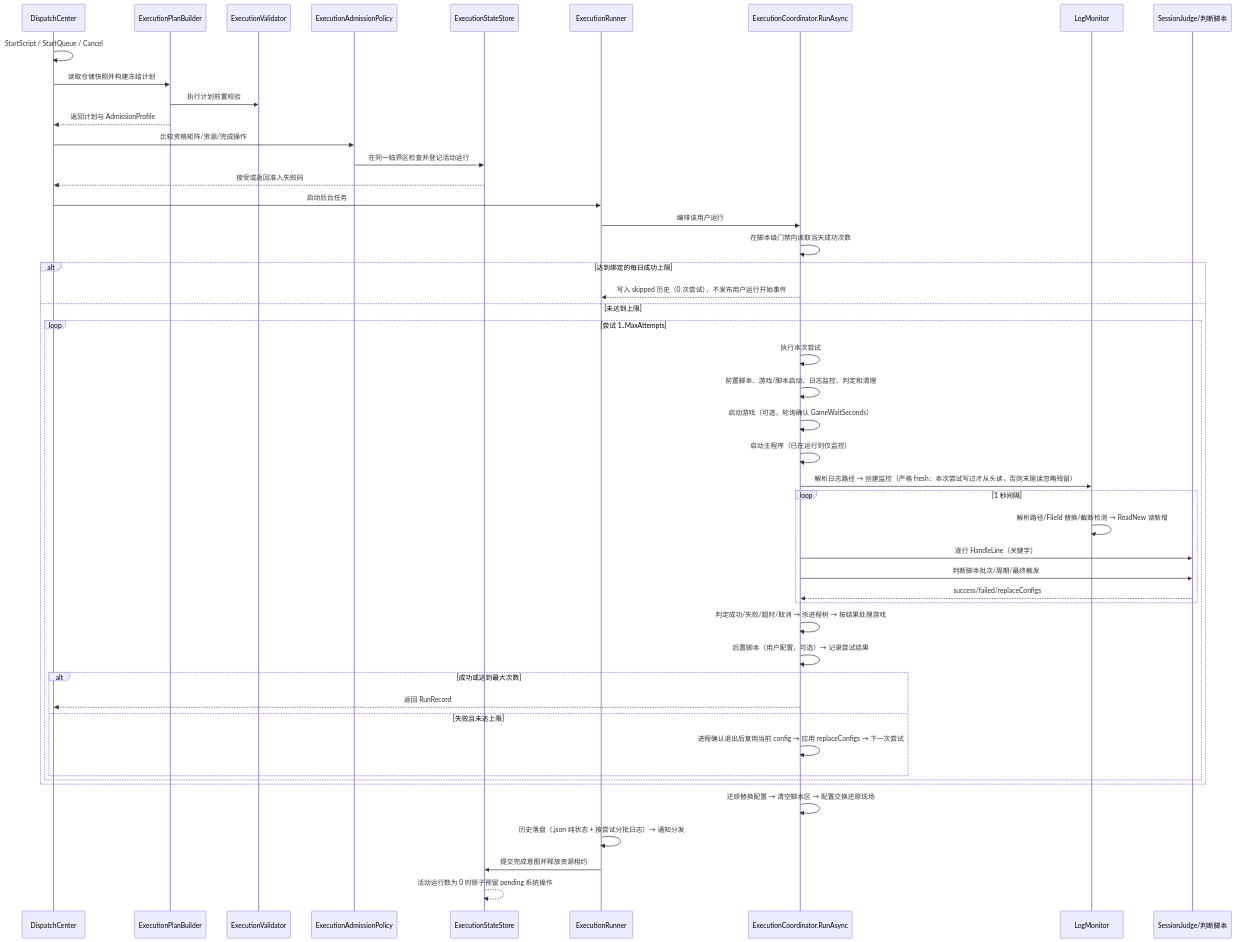
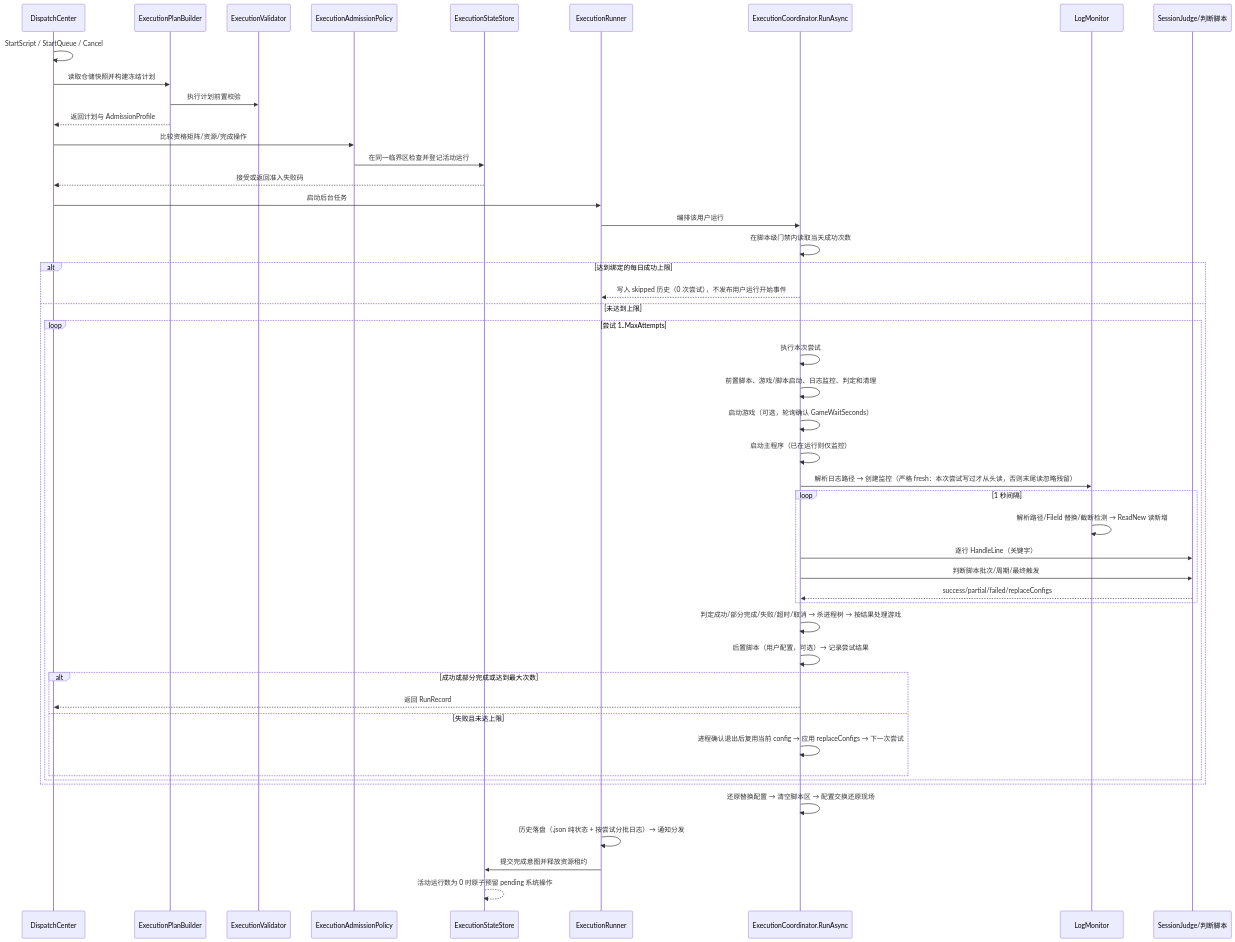
The first of 4 diagrams in docs/DESIGN.md (FlappiBakuse/NexusPipeline), drawn with Mermaid before and after one commit. The commit also changed other lines of this file and 34 other files, not shown here.

````diff
--- a/docs/DESIGN.md
+++ b/docs/DESIGN.md
@@ -75,51 +75,51 @@
 ```mermaid
 sequenceDiagram
     participant DC as DispatchCenter
     participant P as ExecutionPlanBuilder
     participant V as ExecutionValidator
     participant Q as ExecutionAdmissionPolicy
     participant E as ExecutionStateStore
     participant R as ExecutionRunner
     participant S as ExecutionCoordinator.RunAsync
     participant M as LogMonitor
     participant J as SessionJudge/判断脚本
 
     DC->>DC: StartScript / StartQueue / Cancel
     DC->>P: 读取仓储快照并构建冻结计划
     P->>V: 执行计划前置校验
     P-->>DC: 返回计划与 AdmissionProfile
     DC->>Q: 比较资格矩阵/资源/完成操作
     Q->>E: 在同一临界区检查并登记活动运行
     E-->>DC: 接受或返回准入失败码
     DC->>R: 启动后台任务
     R->>S: 编排该用户运行
     S->>S: 在脚本级门禁内读取当天成功次数
     alt 达到绑定的每日成功上限
         S-->>R: 写入 skipped 历史（0 次尝试），不发布用户运行开始事件
     else 未达到上限
     loop 尝试 1..MaxAttempts
         S->>S: 执行本次尝试
         S->>S: 前置脚本、游戏/脚本启动、日志监控、判定和清理
         S->>S: 启动游戏（可选，轮询确认 GameWaitSeconds）
         S->>S: 启动主程序（已在运行则仅监控）
         S->>M: 解析日志路径 → 创建监控（严格 fresh：本次尝试写过才从头读，否则末尾读忽略残留）
         loop 1 秒间隔
             M->>M: 解析路径/FileId 替换/截断检测 → ReadNew 读新增
             S->>J: 逐行 HandleLine（关键字）
             S->>J: 判断脚本批次/周期/最终触发
-            J-->>S: success/failed/replaceConfigs
+            J-->>S: success/partial/failed/replaceConfigs
         end
-        S->>S: 判定成功/失败/超时/取消 → 杀进程树 → 按结果处理游戏
+        S->>S: 判定成功/部分完成/失败/超时/取消 → 杀进程树 → 按结果处理游戏
         S->>S: 后置脚本（用户配置，可选）→ 记录尝试结果
-        alt 成功或达到最大次数
+        alt 成功或部分完成或达到最大次数
             S-->>DC: 返回 RunRecord
         else 失败且未达上限
             S->>S: 进程确认退出后复用当前 config → 应用 replaceConfigs → 下一次尝试
         end
     end
     end
     S->>S: 还原替换配置 → 清空脚本区 → 配置交换还原现场
     R->>R: 历史落盘（.json 纯状态 + 按尝试分批日志）→ 通知分发
     R->>E: 提交完成意图并释放资源租约
     E-->>E: 活动运行数为 0 时原子预留 pending 系统操作
 ```
````
